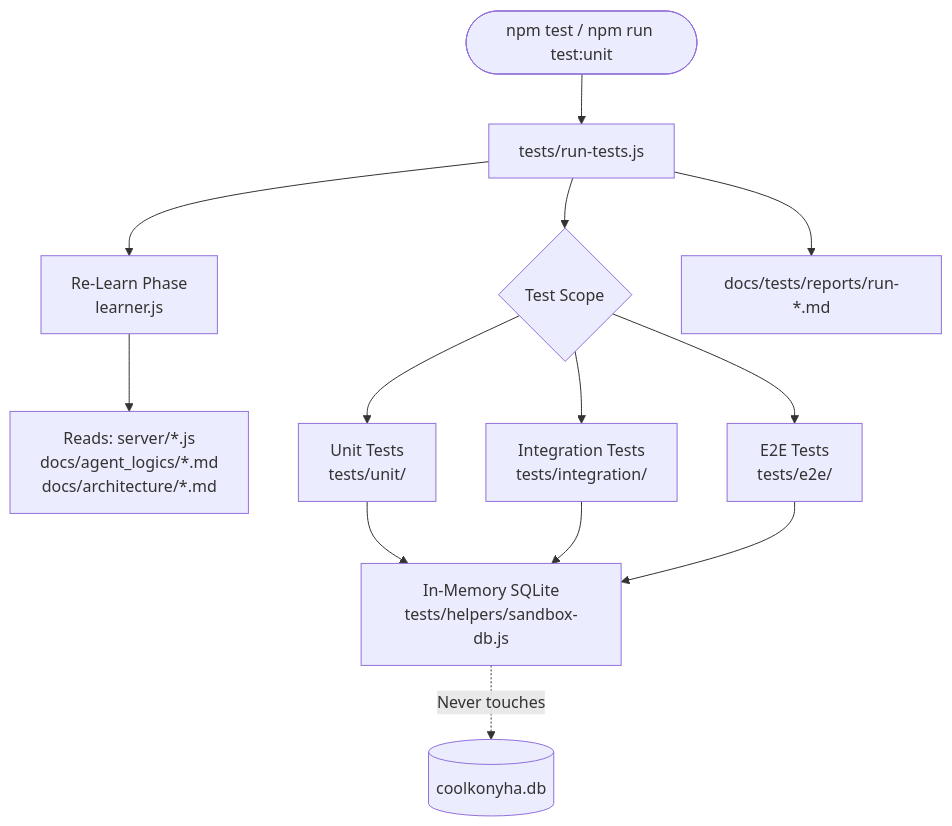
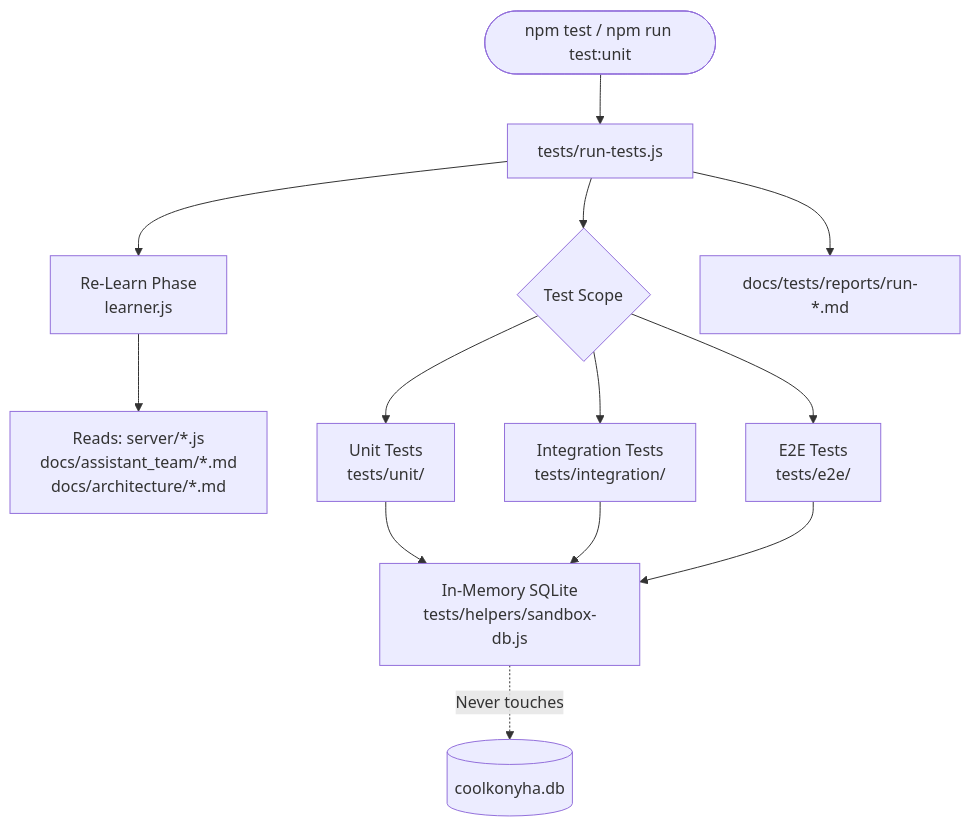
One commit to blian24/coolkonyha-solo-vibe changed the diagram in docs/tests/README.md. Above: the diagram before and after it, drawn with Mermaid. The commit also changed other lines of this file and 20 other files, not shown here.

````diff
--- a/docs/tests/README.md
+++ b/docs/tests/README.md
@@ -14,13 +14,13 @@
 ```mermaid
 flowchart TD
     CLI([npm test / npm run test:unit]) --> Runner[tests/run-tests.js]
     Runner --> Learn[Re-Learn Phase\nlearner.js]
-    Learn --> SrcFiles[Reads: server/*.js\ndocs/agent_logics/*.md\ndocs/architecture/*.md]
+    Learn --> SrcFiles[Reads: server/*.js\ndocs/assistant_team/*.md\ndocs/architecture/*.md]
     Runner --> Suites{Test Scope}
     Suites --> Unit[Unit Tests\ntests/unit/]
     Suites --> Integration[Integration Tests\ntests/integration/]
     Suites --> E2E[E2E Tests\ntests/e2e/]
     Unit & Integration & E2E --> SandboxDb[In-Memory SQLite\ntests/helpers/sandbox-db.js]
     SandboxDb -.->|Never touches| ProdDb[(coolkonyha.db)]
     Runner --> Report[docs/tests/reports/run-*.md]
 ```
````
